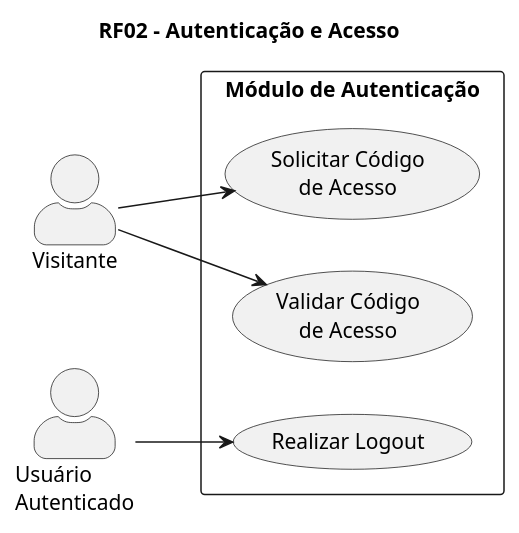
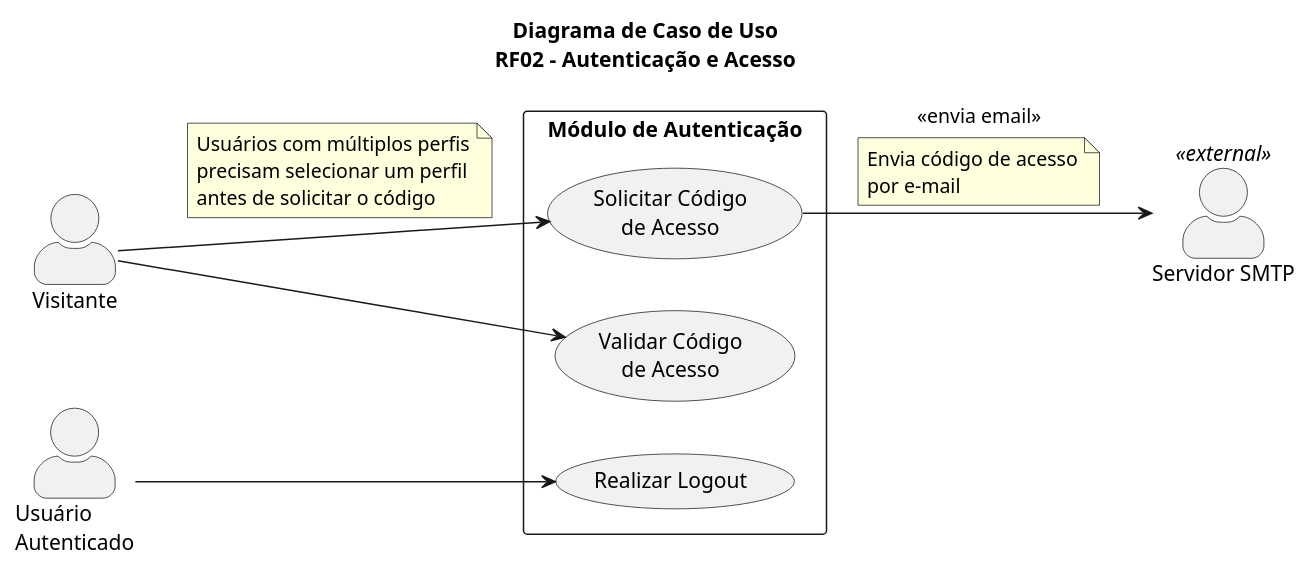
Before and after one commit to murs77r/conecta-uniforme: the diagram in diagrams/modulo-autenticacao.puml, drawn with PlantUML. The commit also changed 15 other files, not shown here.

```diff
--- a/diagrams/modulo-autenticacao.puml
+++ b/diagrams/modulo-autenticacao.puml
@@ -1,24 +1,41 @@
 @startuml
 ' RF02 - Autenticação e Acesso
 
 left to right direction
 
 skinparam actorStyle awesome
 
-title RF02 - Autenticação e Acesso
+title Diagrama de Caso de Uso\nRF02 - Autenticação e Acesso
 
 actor Visitante
+
 actor "Usuário\nAutenticado" as Usuario
+
+actor "Servidor SMTP" as SMTP <<external>>
 
 rectangle "Módulo de Autenticação" {
     usecase "Solicitar Código\nde Acesso" as UC02_1
     usecase "Validar Código\nde Acesso" as UC02_2
     usecase "Realizar Logout" as UC02_3
 }
 
+' Visitante
 Visitante --> UC02_1
+note right on link
+  Usuários com múltiplos perfis
+  precisam selecionar um perfil
+  antes de solicitar o código
+end note
 Visitante --> UC02_2
 
+' Usuário Autenticado
 Usuario --> UC02_3
 
+' SMTP - sistema externo
+UC02_1 --> SMTP : <<envia email>>
+note on link
+  Envia código de acesso
+  por e-mail
+end note
+
 @enduml
```
